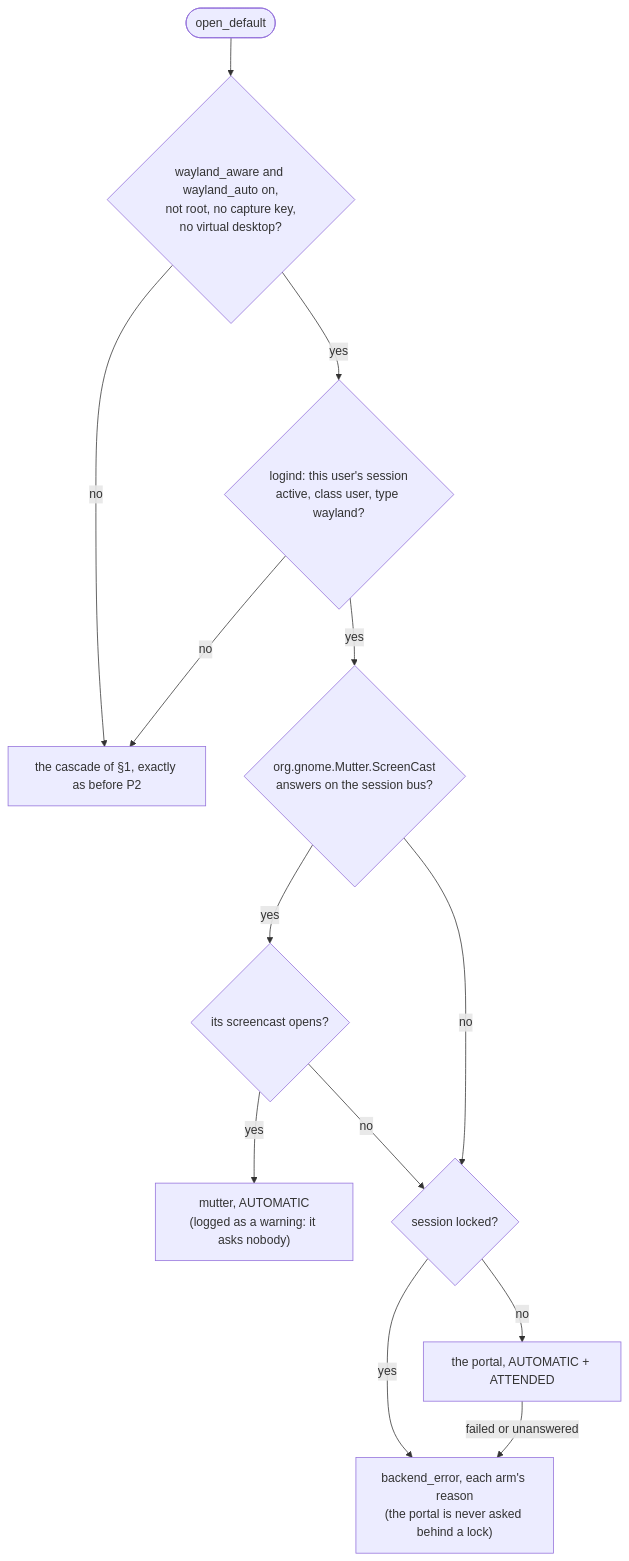
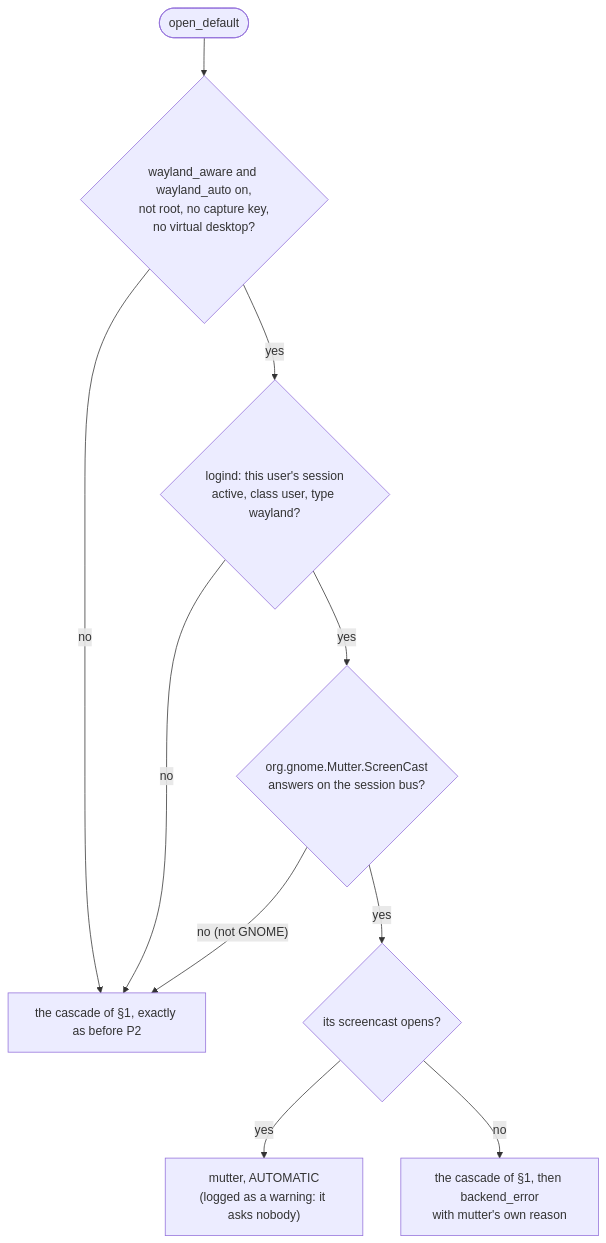
Before and after one commit to gjovanov/roomler-ai: the second of 4 diagrams in docs/linux-capture.md, drawn with Mermaid. The commit also changed other lines of this file and 4 other files, not shown here.

````diff
--- a/docs/linux-capture.md
+++ b/docs/linux-capture.md
@@ -172,15 +169,12 @@
 ```mermaid
 flowchart TD
     O([open_default]) --> K{"wayland_aware and wayland_auto on,<br/>not root, no capture key,<br/>no virtual desktop?"}
     K -- no --> C["the cascade of §1, exactly as before P2"]
     K -- yes --> S{"logind: this user's session<br/>active, class user, type wayland?"}
     S -- no --> C
     S -- yes --> M{"org.gnome.Mutter.ScreenCast<br/>answers on the session bus?"}
+    M -- "no (not GNOME)" --> C
     M -- yes --> MO{"its screencast opens?"}
     MO -- yes --> MU["mutter, AUTOMATIC<br/>(logged as a warning: it asks nobody)"]
-    MO -- no --> L
-    M -- no --> L{"session locked?"}
-    L -- no --> P["the portal, AUTOMATIC + ATTENDED"]
-    L -- yes --> F["backend_error, each arm's reason<br/>(the portal is never asked behind a lock)"]
-    P -- "failed or unanswered" --> F
+    MO -- no --> F["the cascade of §1, then backend_error<br/>with mutter's own reason"]
 ```
````
